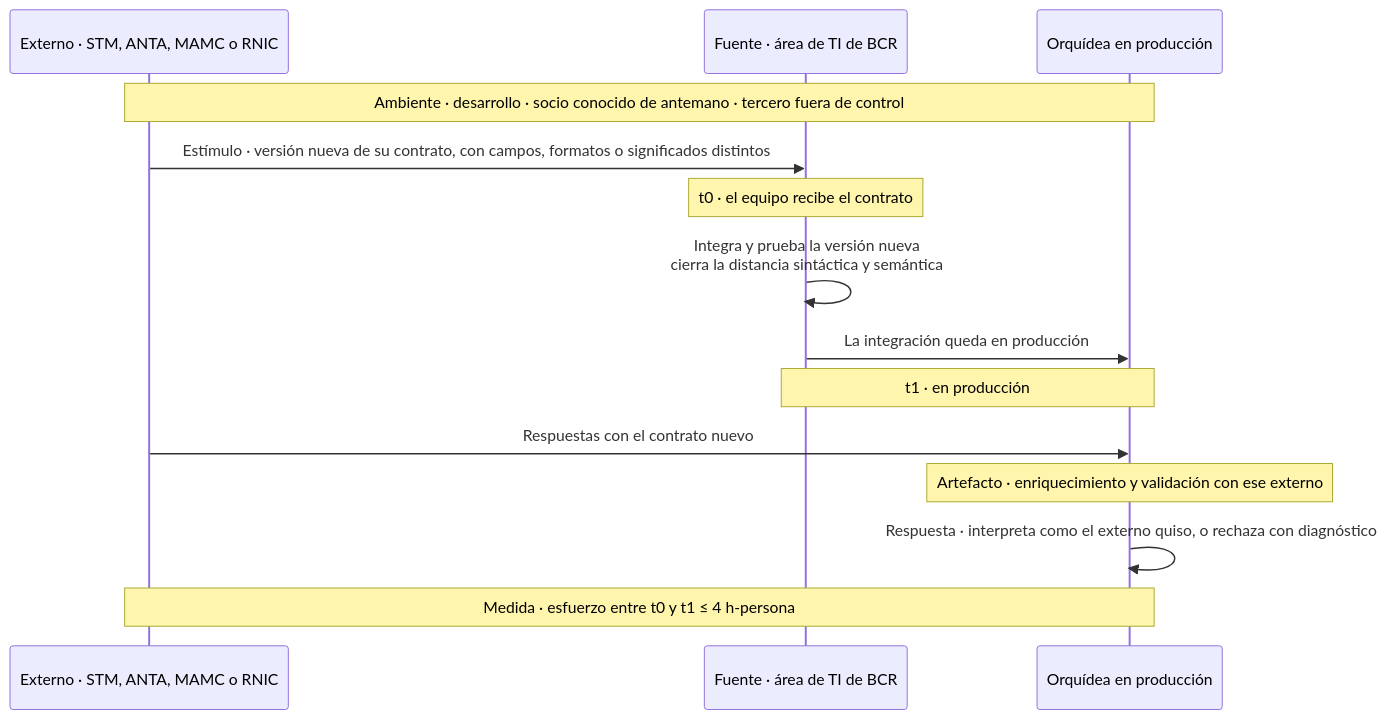
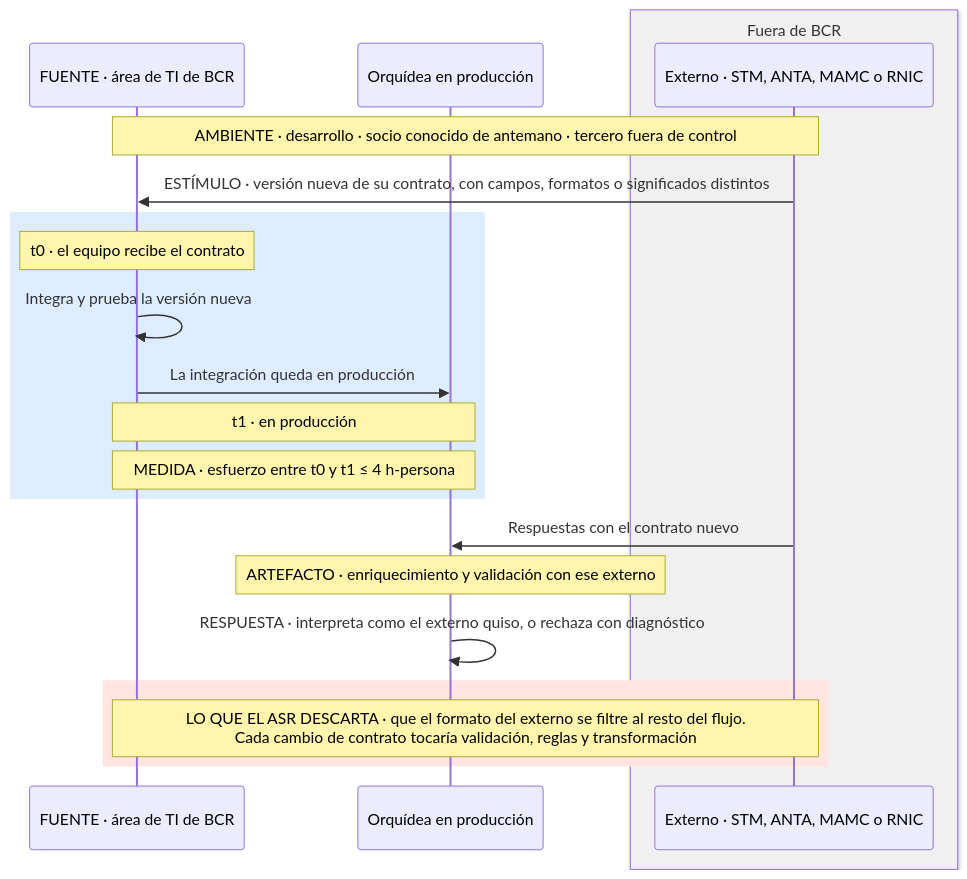
One commit to MATI-MBIT/arqsoft-reto-4 changed the seventh of 17 diagrams in docs/quality-attributes.md. Above: the diagram before and after it, drawn with Mermaid. The commit also changed other lines of this file, not shown here.

Commit message:
Rediseña los diagramas de los ASR: banda de lo medido y banda de lo que el ASR descarta

````diff
--- a/docs/quality-attributes.md
+++ b/docs/quality-attributes.md
@@ -337,16 +374,23 @@
 ```mermaid
 sequenceDiagram
+    participant T as FUENTE · área de TI de BCR
+    participant O as Orquídea en producción
+    box rgb(240,240,240) Fuera de BCR
     participant N as Externo · STM, ANTA, MAMC o RNIC
-    participant T as Fuente · área de TI de BCR
-    participant O as Orquídea en producción
-    Note over N,O: Ambiente · desarrollo · socio conocido de antemano · tercero fuera de control
-    N->>T: Estímulo · versión nueva de su contrato, con campos, formatos o significados distintos
+    end
+    Note over T,N: AMBIENTE · desarrollo · socio conocido de antemano · tercero fuera de control
+    N->>T: ESTÍMULO · versión nueva de su contrato, con campos, formatos o significados distintos
+    rect rgb(222, 236, 255)
     Note over T: t0 · el equipo recibe el contrato
-    T->>T: Integra y prueba la versión nueva<br/>cierra la distancia sintáctica y semántica
+    T->>T: Integra y prueba la versión nueva
     T->>O: La integración queda en producción
     Note over T,O: t1 · en producción
+    Note over T,O: MEDIDA · esfuerzo entre t0 y t1 ≤ 4 h-persona
+    end
     N->>O: Respuestas con el contrato nuevo
-    Note over O: Artefacto · enriquecimiento y validación con ese externo
-    O->>O: Respuesta · interpreta como el externo quiso, o rechaza con diagnóstico
-    Note over N,O: Medida · esfuerzo entre t0 y t1 ≤ 4 h-persona
+    Note over O: ARTEFACTO · enriquecimiento y validación con ese externo
+    O->>O: RESPUESTA · interpreta como el externo quiso, o rechaza con diagnóstico
+    rect rgb(255, 228, 225)
+    Note over T,N: LO QUE EL ASR DESCARTA · que el formato del externo se filtre al resto del flujo.<br/>Cada cambio de contrato tocaría validación, reglas y transformación
+    end
 ```
````
